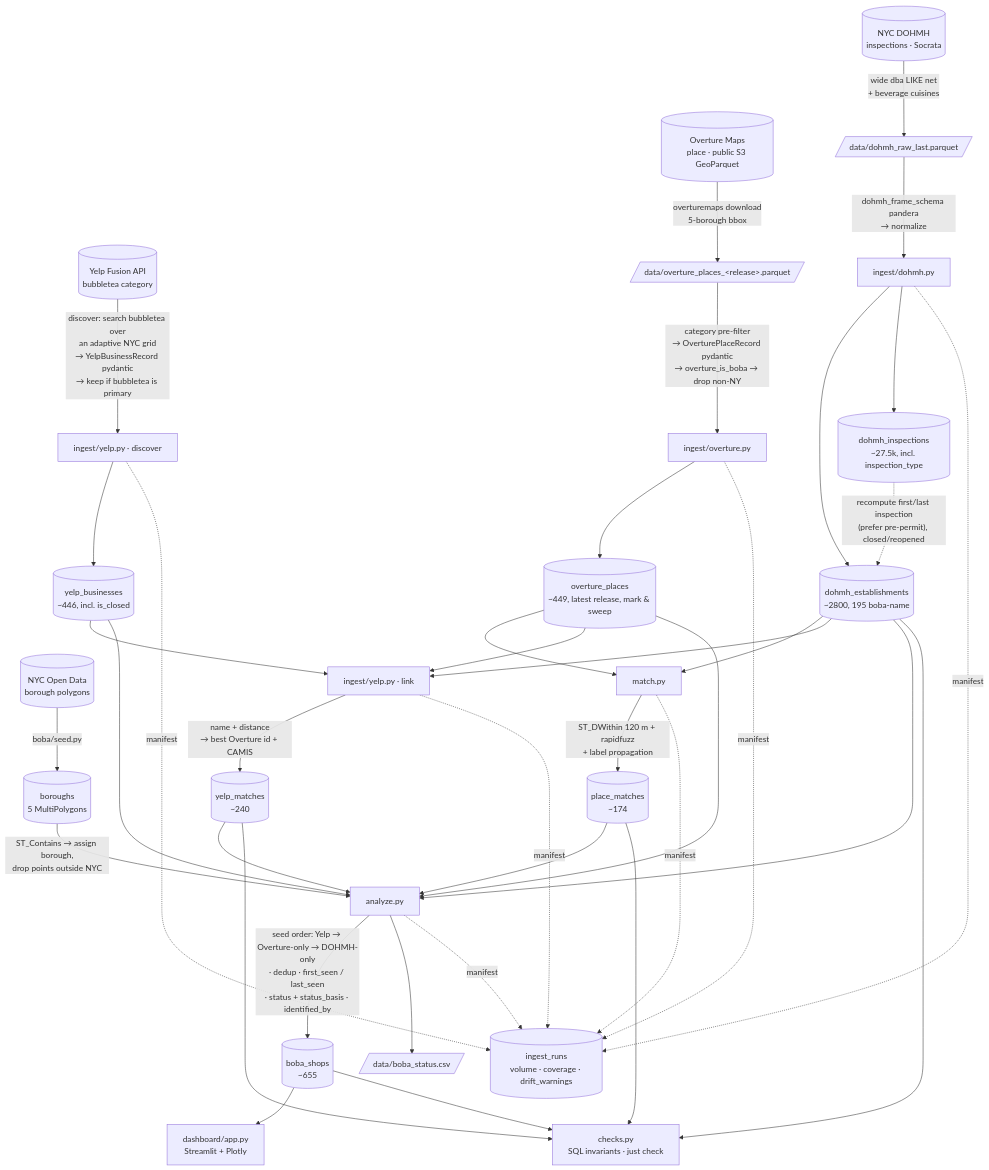
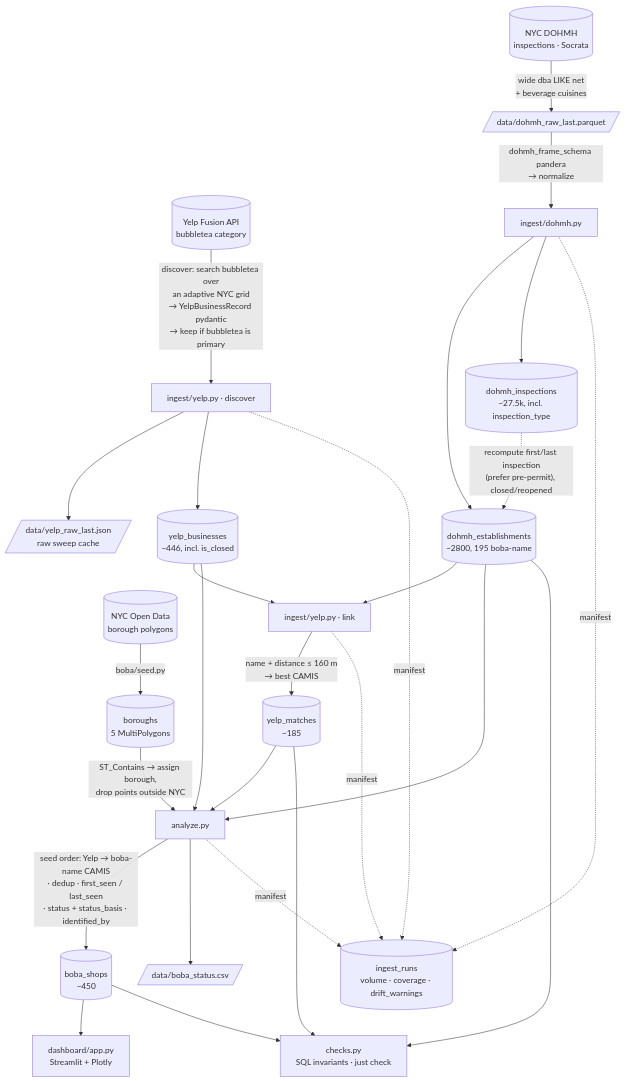
Before and after one commit to curryman888x/boba_joints: the diagram in docs/pipeline.md, drawn with Mermaid. The commit also changed other lines of this file and 25 other files, not shown here.

````diff
--- a/docs/pipeline.md
+++ b/docs/pipeline.md
@@ -9,55 +9,41 @@
 ```mermaid
 flowchart TD
-    OV[(Overture Maps<br/>place · public S3 GeoParquet)]
     DH[(NYC DOHMH<br/>inspections · Socrata)]
     NB[(NYC Open Data<br/>borough polygons)]
     YP[(Yelp Fusion API<br/>bubbletea category)]
 
     NB -->|boba/seed.py| BORO[(boroughs<br/>5 MultiPolygons)]
 
-    OV -->|overturemaps download<br/>5-borough bbox| OVDL[/data/overture_places_&lt;release&gt;.parquet/]
     DH -->|wide dba LIKE net<br/>+ beverage cuisines| DHDL[/data/dohmh_raw_last.parquet/]
-
-    OVDL -->|category pre-filter<br/>→ OverturePlaceRecord pydantic<br/>→ overture_is_boba → drop non-NY| OVI[ingest/overture.py]
     DHDL -->|dohmh_frame_schema pandera<br/>→ normalize| DHI[ingest/dohmh.py]
 
-    OVI --> OP[(overture_places<br/>~449, latest release, mark & sweep)]
     DHI --> DE[(dohmh_establishments<br/>~2800, 195 boba-name)]
     DHI --> DI[(dohmh_inspections<br/>~27.5k, incl. inspection_type)]
     DI -. recompute first/last inspection<br/>(prefer pre-permit), closed/reopened .-> DE
 
-    OP --> M[match.py]
-    DE --> M
-    M -->|ST_DWithin 120 m + rapidfuzz<br/>+ label propagation| PM[(place_matches<br/>~174)]
-
     YP -->|discover: search bubbletea over<br/>an adaptive NYC grid<br/>→ YelpBusinessRecord pydantic<br/>→ keep if bubbletea is primary| YD[ingest/yelp.py · discover]
+    YD --> RAW[/data/yelp_raw_last.json<br/>raw sweep cache/]
     YD --> YB[(yelp_businesses<br/>~446, incl. is_closed)]
 
     YB --> YL[ingest/yelp.py · link]
-    OP --> YL
     DE --> YL
-    YL -->|name + distance<br/>→ best Overture id + CAMIS| YM[(yelp_matches<br/>~240)]
+    YL -->|name + distance ≤ 160 m<br/>→ best CAMIS| YM[(yelp_matches<br/>~185)]
 
     YB --> A[analyze.py]
     YM --> A
-    OP --> A
     DE --> A
-    PM --> A
     BORO -->|ST_Contains → assign borough,<br/>drop points outside NYC| A
-    A -->|seed order: Yelp → Overture-only → DOHMH-only<br/>· dedup · first_seen / last_seen<br/>· status + status_basis · identified_by| BS[(boba_shops<br/>~655)]
+    A -->|seed order: Yelp → boba-name CAMIS<br/>· dedup · first_seen / last_seen<br/>· status + status_basis · identified_by| BS[(boba_shops<br/>~450)]
     A --> CSV[/data/boba_status.csv/]
 
     BS --> DASH[dashboard/app.py<br/>Streamlit + Plotly]
 
-    OVI -. manifest .-> IR[(ingest_runs<br/>volume · coverage · drift_warnings)]
-    DHI -. manifest .-> IR
-    M -. manifest .-> IR
+    DHI -. manifest .-> IR[(ingest_runs<br/>volume · coverage · drift_warnings)]
     YD -. manifest .-> IR
     YL -. manifest .-> IR
     A -. manifest .-> IR
 
     BS --> CHK[checks.py<br/>SQL invariants · just check]
-    PM --> CHK
     YM --> CHK
     DE --> CHK
 ```
````
